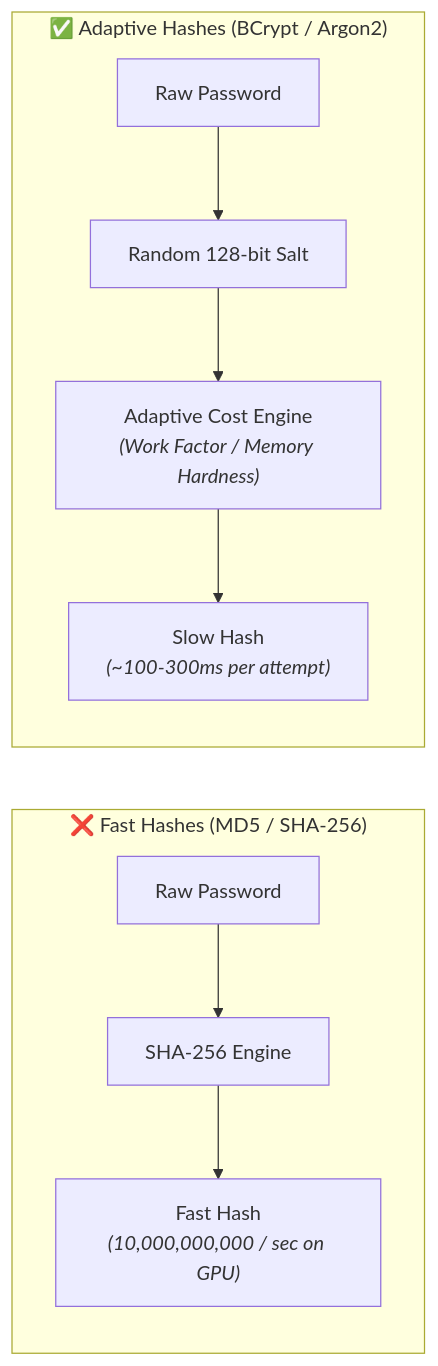
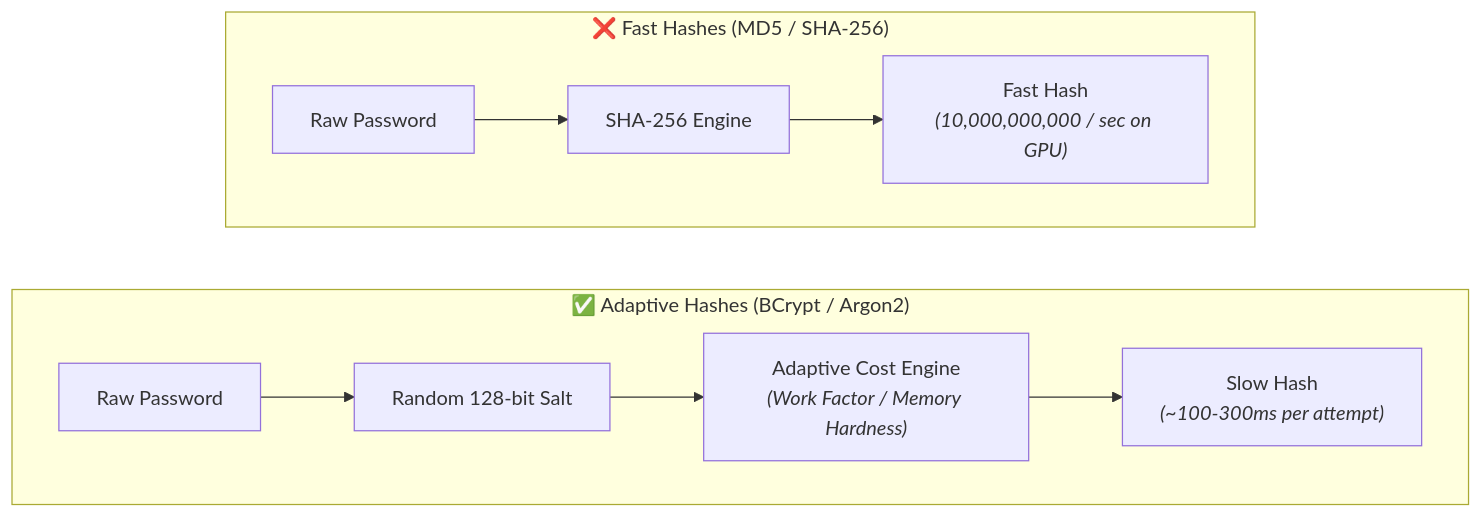
One commit to Rohit1024/spring-boot-mastery changed the first of 5 diagrams in docs/lessons/0024-password-hashing-bcrypt-argon2-sessions.md. Above: the diagram before and after it, drawn with Mermaid. The commit also changed other lines of this file and 42 other files, not shown here.

````diff
--- a/docs/lessons/0024-password-hashing-bcrypt-argon2-sessions.md
+++ b/docs/lessons/0024-password-hashing-bcrypt-argon2-sessions.md
@@ -19,13 +19,15 @@
 ``` mermaid
-flowchart LR
+flowchart TD
     subgraph FastHash["❌ Fast Hashes (MD5 / SHA-256)"]
         P1["Raw Password"] --> SHA["SHA-256 Engine"]
         SHA --> H1["Fast Hash<br/><i>(10,000,000,000 / sec on GPU)</i>"]
     end
 
     subgraph AdaptiveHash["✅ Adaptive Hashes (BCrypt / Argon2)"]
         P2["Raw Password"] --> Salt["Random 128-bit Salt"]
         Salt --> Engine["Adaptive Cost Engine<br/><i>(Work Factor / Memory Hardness)</i>"]
         Engine --> H2["Slow Hash<br/><i>(~100-300ms per attempt)</i>"]
     end
+
+    FastHash ~~~ AdaptiveHash
 ```
````
